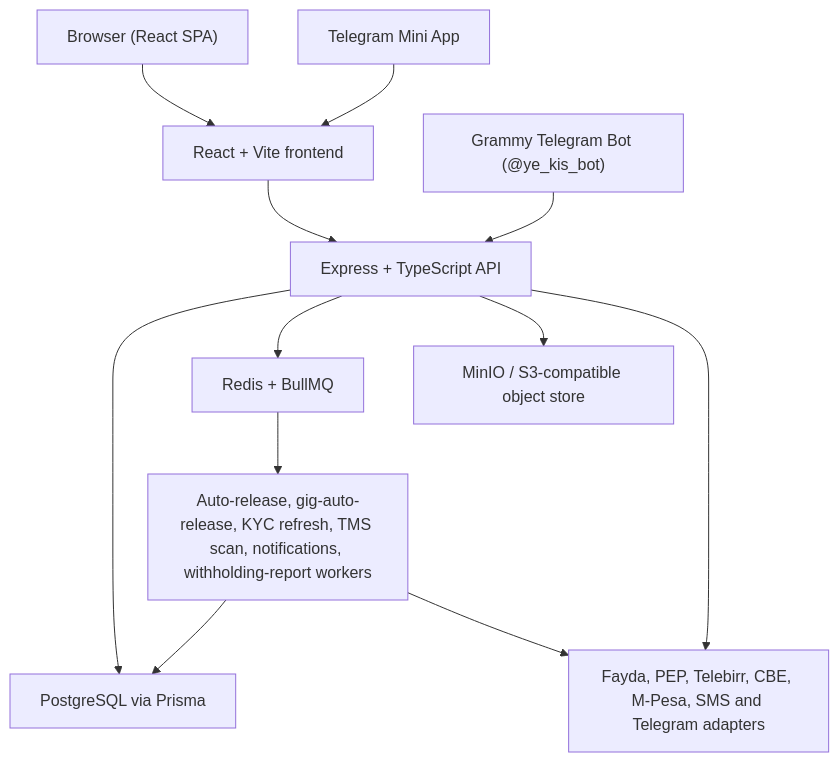
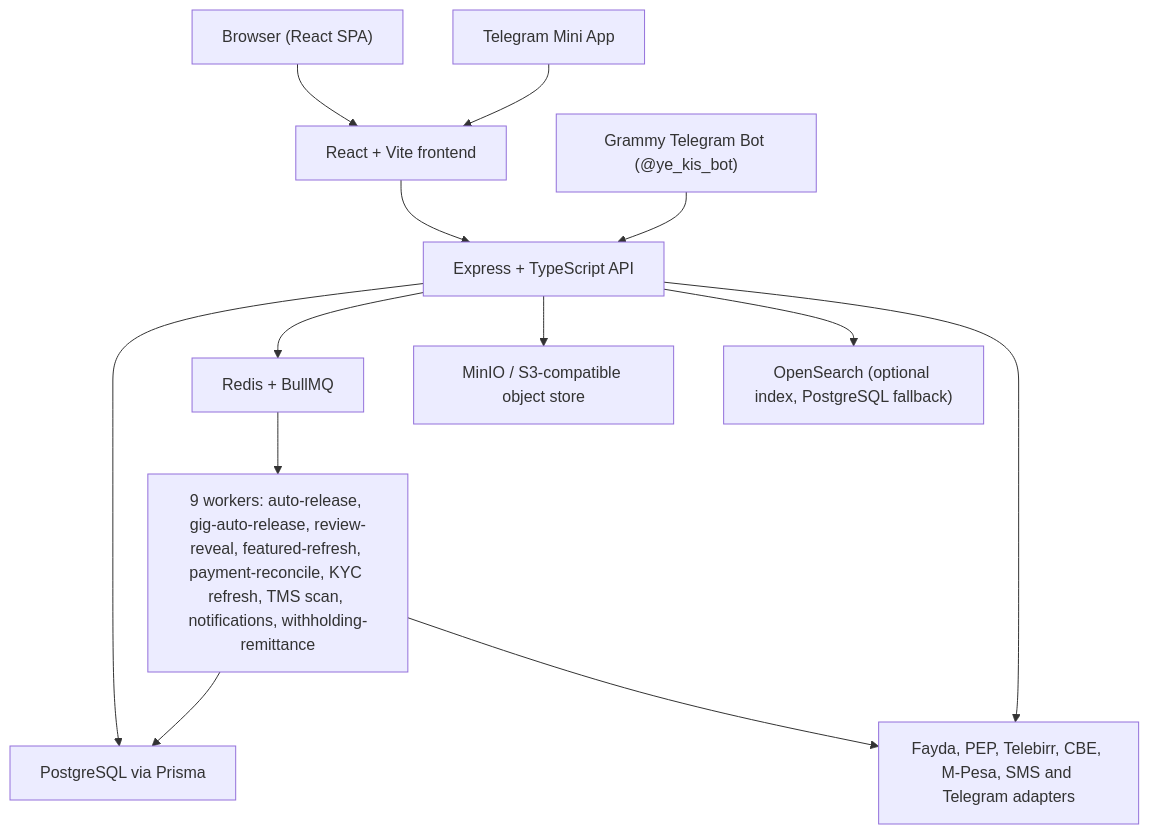
One commit to yonasmindaye04-sketch/Yekis changed the first of 2 diagrams in docs/ARCHITECTURE.md. Above: the diagram before and after it, drawn with Mermaid. The commit also changed other lines of this file and 43 other files, not shown here.

````diff
--- a/docs/ARCHITECTURE.md
+++ b/docs/ARCHITECTURE.md
@@ -7,14 +9,15 @@
 ```mermaid
 flowchart TB
   U1["Browser (React SPA)"] --> F["React + Vite frontend"]
   U2["Telegram Mini App"] --> F
   U3["Grammy Telegram Bot (@ye_kis_bot)"] --> A
   F --> A["Express + TypeScript API"]
   A --> P["PostgreSQL via Prisma"]
   A --> R["Redis + BullMQ"]
   A --> O["MinIO / S3-compatible object store"]
+  A --> S["OpenSearch (optional index, PostgreSQL fallback)"]
   A --> X["Fayda, PEP, Telebirr, CBE, M-Pesa, SMS and Telegram adapters"]
-  R --> W["Auto-release, gig-auto-release, KYC refresh, TMS scan, notifications, withholding-report workers"]
+  R --> W["9 workers: auto-release, gig-auto-release, review-reveal, featured-refresh, payment-reconcile, KYC refresh, TMS scan, notifications, withholding-remittance"]
   W --> P
   W --> X
 ```
````
